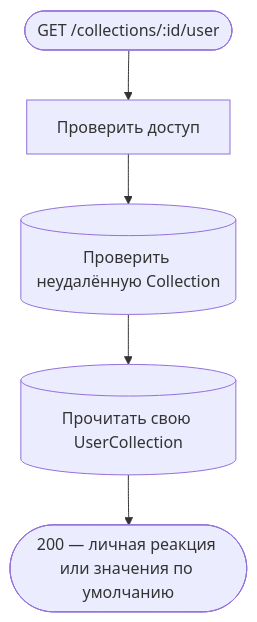
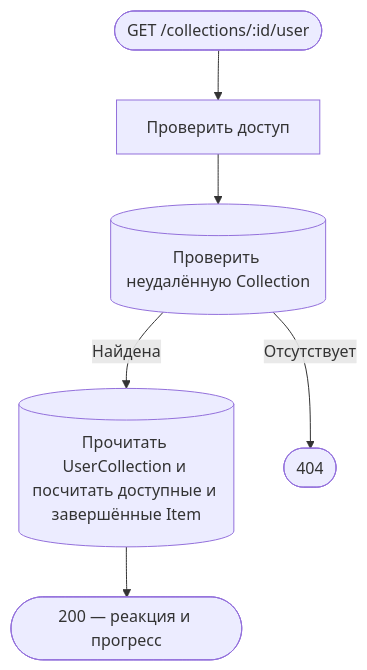
The sixth of 8 diagrams in apps/api/public/docs/api/requestFlows/collections.md (AmyGrooove/f95-tinder), drawn with Mermaid before and after one commit. The commit also changed other lines of this file and 135 other files, not shown here.

````diff
--- a/apps/api/public/docs/api/requestFlows/collections.md
+++ b/apps/api/public/docs/api/requestFlows/collections.md
@@ -132,9 +133,10 @@
 ```mermaid
 flowchart TD
-    accTitle: Личная реакция на подборку
-    accDescr: Проверить пользователя и наличие подборки, прочитать его UserCollection, при отсутствии вернуть значения по умолчанию без создания записи
+    accTitle: Личная реакция и прогресс по подборке
+    accDescr: Проверить пользователя, прочитать его реакцию и посчитать завершённые произведения среди всех доступных
     A(["GET /collections/:id/user"]):::http --> B["Проверить доступ"]:::action
     B --> C[("Проверить неудалённую Collection")]:::data
-    C --> D[("Прочитать свою UserCollection")]:::data
-    D --> E(["200 — личная реакция или значения по умолчанию"]):::http
+    C -->|Найдена| D[("Прочитать UserCollection и посчитать доступные и завершённые Item")]:::data
+    C -->|Отсутствует| N(["404"]):::response
+    D --> E(["200 — реакция и прогресс"]):::response
 ```
````
